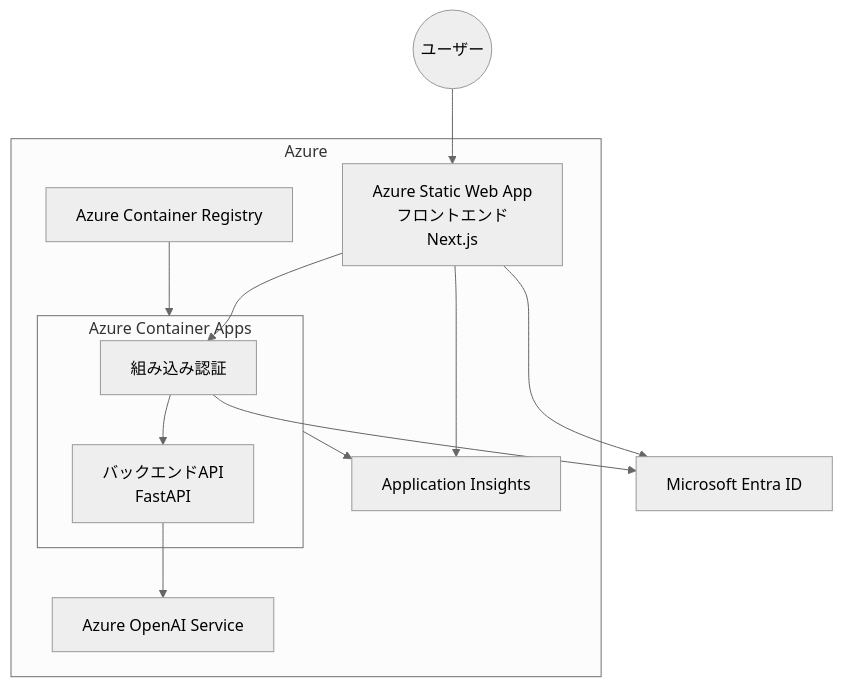
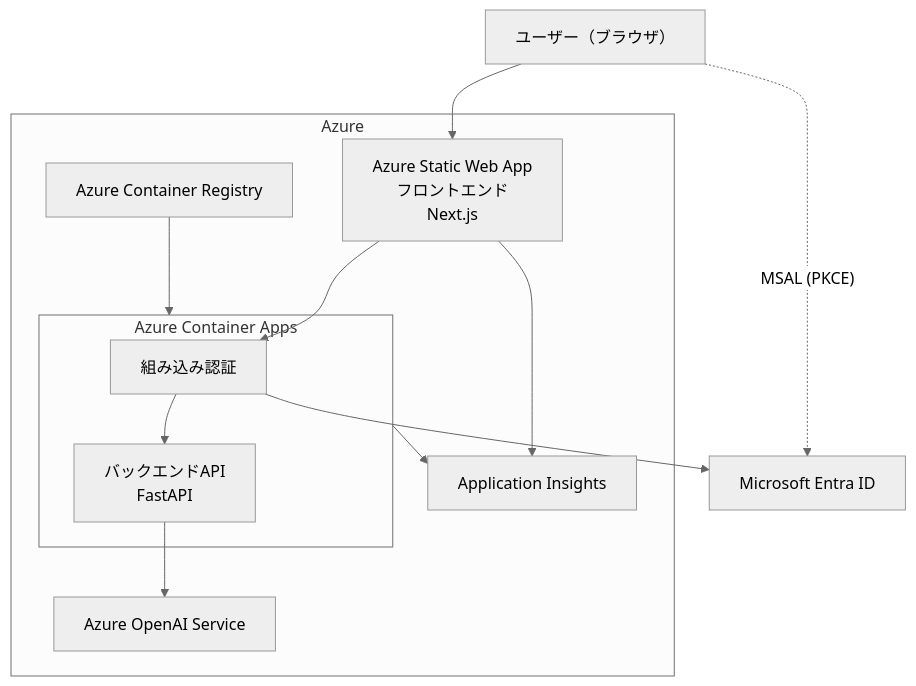
One commit to torumakabe/aca-builtin-auth-iac-sample changed the diagram in README.md. Above: the diagram before and after it, drawn with Mermaid (neutral theme). The commit also changed other lines of this file and 21 other files, not shown here.

````diff
--- a/README.md
+++ b/README.md
@@ -33,26 +33,26 @@
 ```mermaid
 graph TD
-    User((ユーザー)) --> SWA[Azure Static Web App<br/>フロントエンド<br/>Next.js]
+    User["ユーザー（ブラウザ）"] --> SWA[Azure Static Web App<br/>フロントエンド<br/>Next.js]
     SWA --> ACAAuth
-    SWA --> EntraID
     ACAAuth --> EntraID
     ACA --> OpenAI[Azure OpenAI Service]
     SWA --> AppInsights[Application Insights]
     ACAGroup --> AppInsights
+    User -. MSAL (PKCE) .-> EntraID
     
     subgraph Azure
         SWA
         
         subgraph ACAGroup[Azure Container Apps]
             ACAAuth[組み込み認証] --> ACA[バックエンドAPI<br/>FastAPI]
         end
         
         OpenAI
         AppInsights
         ACR[Azure Container Registry]
     end
     
     ACR --> ACAGroup
-    
+
     EntraID[Microsoft Entra ID]
 ```
````
